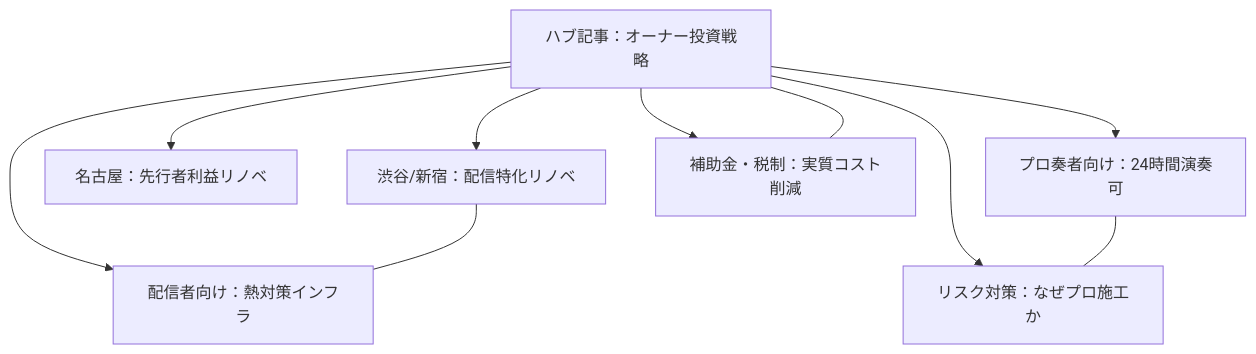
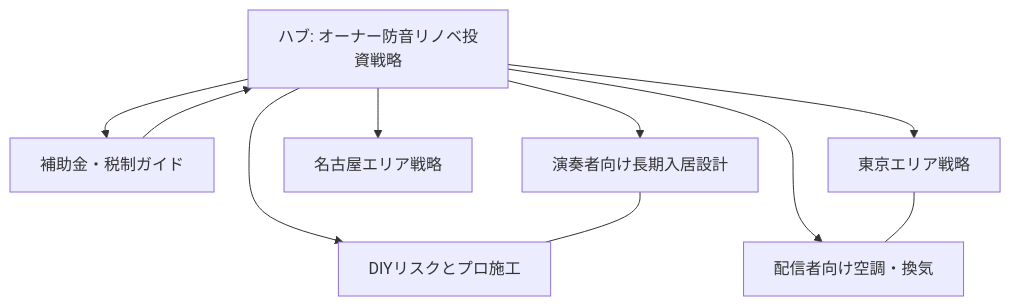
Before and after one commit to sasisi344/bouon-lab: the diagram in _draft/owner-renovation-cluster-ideas.md, drawn with Mermaid. The commit also changed other lines of this file and 28 other files, not shown here.

````diff
--- a/_draft/owner-renovation-cluster-ideas.md
+++ b/_draft/owner-renovation-cluster-ideas.md
@@ -69,13 +106,13 @@
 ```mermaid
 graph TD
-    Hub[ハブ記事：オーナー投資戦略] --> C1[渋谷/新宿：配信特化リノベ]
-    Hub --> C2[名古屋：先行者利益リノベ]
-    Hub --> C3[プロ奏者向け：24時間演奏可]
-    Hub --> C4[配信者向け：熱対策インフラ]
-    Hub --> C5[リスク対策：なぜプロ施工か]
-    Hub --> C6[補助金・税制：実質コスト削減]
-    
+    Hub[ハブ: オーナー防音リノベ投資戦略] --> C6[補助金・税制ガイド]
+    Hub --> C5[DIYリスクとプロ施工]
+    Hub --> C4[配信者向け空調・換気]
+    Hub --> C1[東京エリア戦略]
+    Hub --> C2[名古屋エリア戦略]
+    Hub --> C3[演奏者向け長期入居設計]
+
     C1 --- C4
     C3 --- C5
-    C6 --- Hub
+    C6 --> Hub
 ```
````
